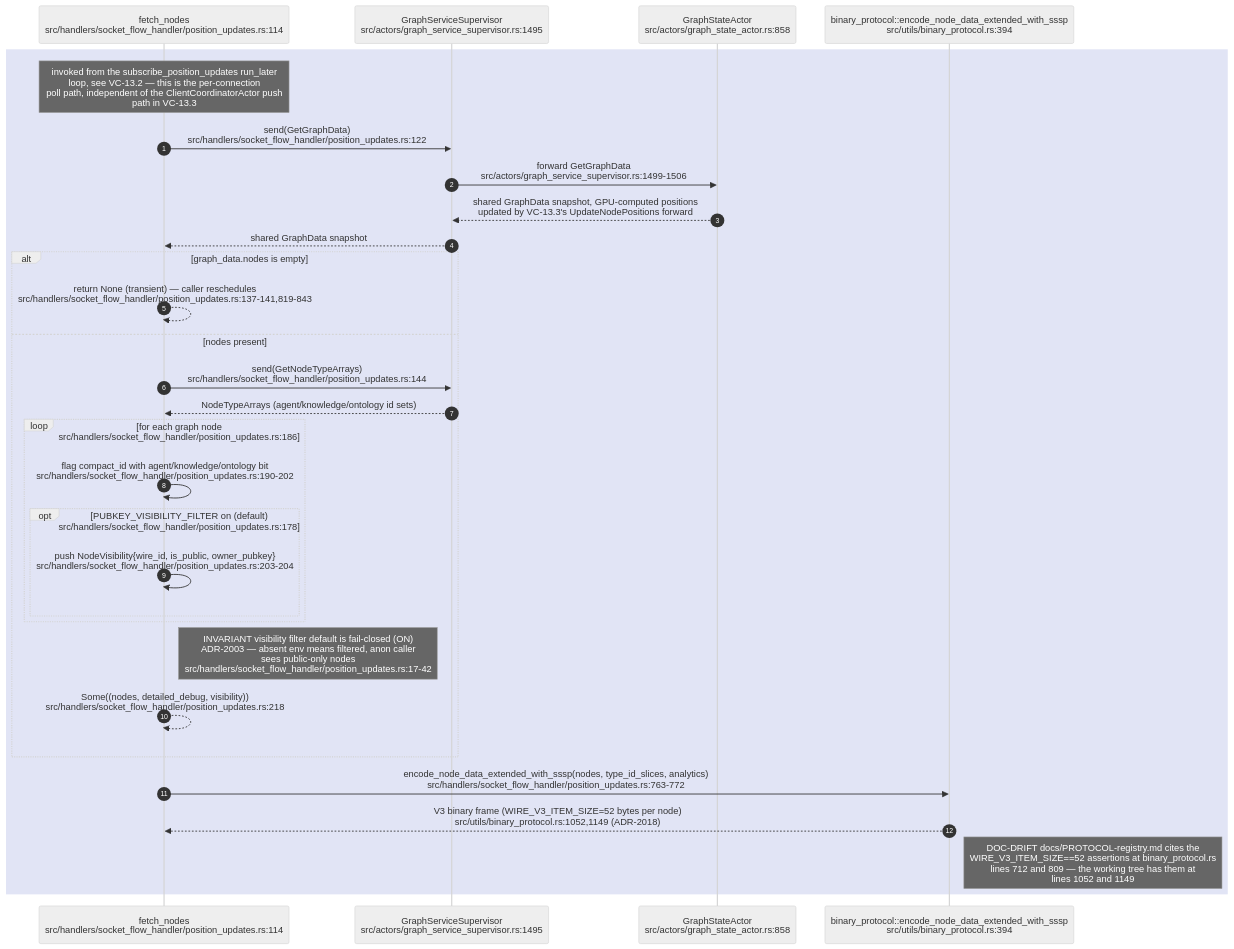
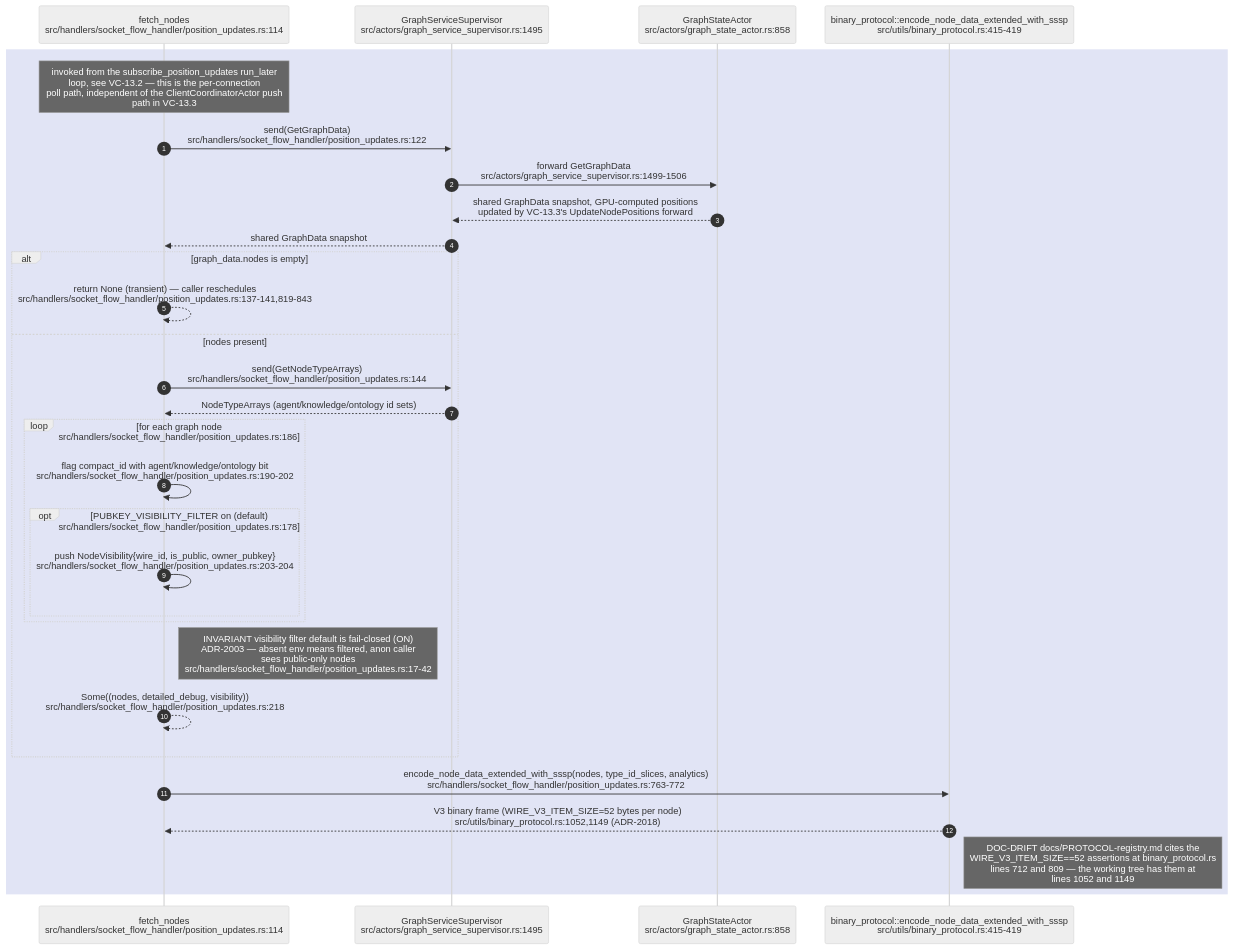
One commit to DreamLab-AI/AR-AI-Knowledge-Graph changed the seventh of 8 diagrams in docs/diagrams/visionclaw/13-broadcast-pipeline-and-websocket.md. Above: the diagram before and after it, drawn with Mermaid (neutral theme). The commit also changed other lines of this file and 36 other files, not shown here.

````diff
--- a/docs/diagrams/visionclaw/13-broadcast-pipeline-and-websocket.md
+++ b/docs/diagrams/visionclaw/13-broadcast-pipeline-and-websocket.md
@@ -381,33 +381,33 @@
 ```mermaid
 sequenceDiagram
     autonumber
     participant PU as fetch_nodes<br/>src/handlers/socket_flow_handler/position_updates.rs:114
     participant GSS as GraphServiceSupervisor<br/>src/actors/graph_service_supervisor.rs:1495
     participant GSA as GraphStateActor<br/>src/actors/graph_state_actor.rs:858
-    participant BIN as binary_protocol::encode_node_data_extended_with_sssp<br/>src/utils/binary_protocol.rs:394
+    participant BIN as binary_protocol::encode_node_data_extended_with_sssp<br/>src/utils/binary_protocol.rs:415-419
 
     rect rgb(225,228,245)
     Note over PU: invoked from the subscribe_position_updates run_later<br/>loop, see VC-13.2 — this is the per-connection<br/>poll path, independent of the ClientCoordinatorActor push<br/>path in VC-13.3
     PU->>GSS: send(GetGraphData)<br/>src/handlers/socket_flow_handler/position_updates.rs:122
     GSS->>GSA: forward GetGraphData<br/>src/actors/graph_service_supervisor.rs:1499-1506
     GSA-->>GSS: shared GraphData snapshot, GPU-computed positions<br/>updated by VC-13.3's UpdateNodePositions forward
     GSS-->>PU: shared GraphData snapshot
     alt graph_data.nodes is empty
         PU-->>PU: return None (transient) — caller reschedules<br/>src/handlers/socket_flow_handler/position_updates.rs:137-141,819-843
     else nodes present
         PU->>GSS: send(GetNodeTypeArrays)<br/>src/handlers/socket_flow_handler/position_updates.rs:144
         GSS-->>PU: NodeTypeArrays (agent/knowledge/ontology id sets)
         loop for each graph node<br/>src/handlers/socket_flow_handler/position_updates.rs:186
             PU->>PU: flag compact_id with agent/knowledge/ontology bit<br/>src/handlers/socket_flow_handler/position_updates.rs:190-202
             opt PUBKEY_VISIBILITY_FILTER on (default)<br/>src/handlers/socket_flow_handler/position_updates.rs:178
                 PU->>PU: push NodeVisibility{wire_id, is_public, owner_pubkey}<br/>src/handlers/socket_flow_handler/position_updates.rs:203-204
             end
         end
         Note right of PU: INVARIANT visibility filter default is fail-closed (ON)<br/>ADR-2003 — absent env means filtered, anon caller<br/>sees public-only nodes<br/>src/handlers/socket_flow_handler/position_updates.rs:17-42
         PU-->>PU: Some((nodes, detailed_debug, visibility))<br/>src/handlers/socket_flow_handler/position_updates.rs:218
     end
     PU->>BIN: encode_node_data_extended_with_sssp(nodes, type_id_slices, analytics)<br/>src/handlers/socket_flow_handler/position_updates.rs:763-772
     BIN-->>PU: V3 binary frame (WIRE_V3_ITEM_SIZE=52 bytes per node)<br/>src/utils/binary_protocol.rs:1052,1149 (ADR-2018)
     Note right of BIN: DOC-DRIFT docs/PROTOCOL-registry.md cites the<br/>WIRE_V3_ITEM_SIZE==52 assertions at binary_protocol.rs<br/>lines 712 and 809 — the working tree has them at<br/>lines 1052 and 1149
     end
 ```
````
